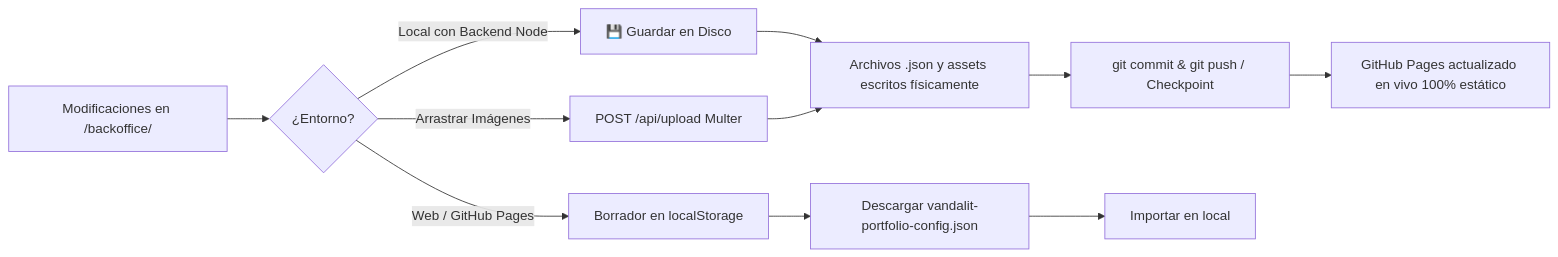
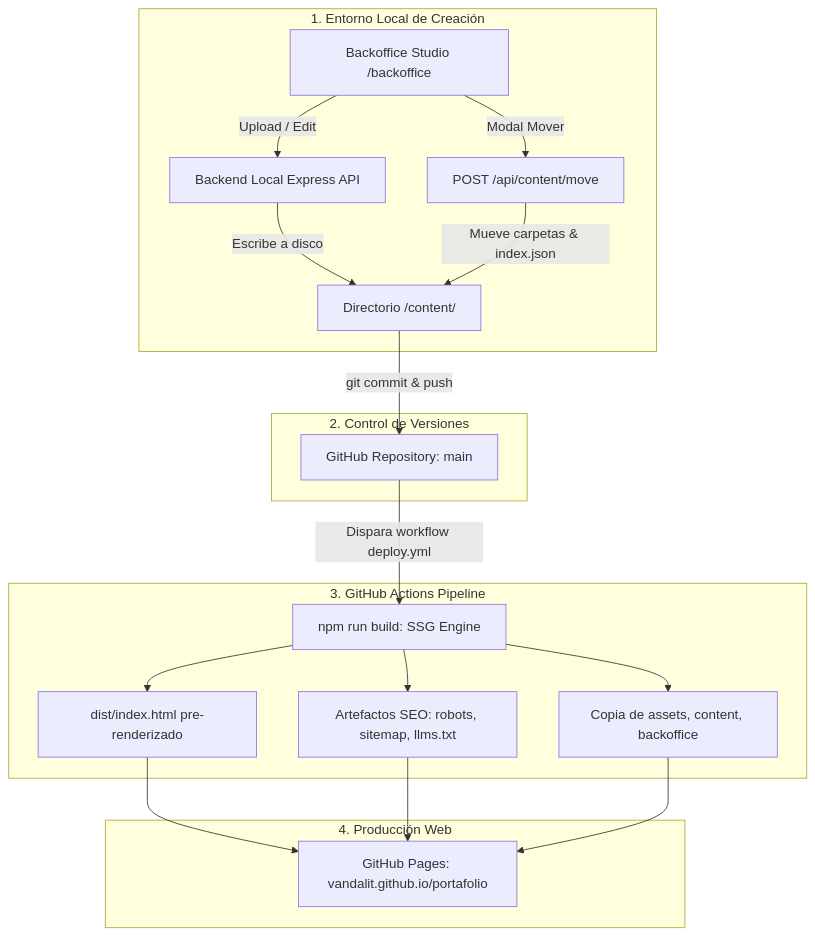
One commit to vandalit/portafolio changed the diagram in README.md. Above: the diagram before and after it, drawn with Mermaid. The commit also changed other lines of this file and 8 other files, not shown here.

First line of the commit message:
feat: adopt Darker Grotesque typography, backoffice project transfer modal and update build docs

````diff
--- a/README.md
+++ b/README.md
@@ -263,13 +287,24 @@
 ```mermaid
-flowchart LR
-    A[Modificaciones en /backoffice/] --> B{¿Entorno?}
-    B -->|Local con Backend Node| C[💾 Guardar en Disco]
-    C --> D[Archivos .json y assets escritos físicamente]
-    B -->|Arrastrar Imágenes| E[POST /api/upload Multer]
-    E --> D
-    D --> F[git commit & git push / Checkpoint]
-    F --> G[GitHub Pages actualizado en vivo 100% estático]
-    B -->|Web / GitHub Pages| H[Borrador en localStorage]
-    H --> I[Descargar vandalit-portfolio-config.json]
-    I --> J[Importar en local]
+flowchart TD
+    subgraph Local [1. Entorno Local de Creación]
+        A[Backoffice Studio /backoffice] -->|Upload / Edit| B[Backend Local Express API]
+        B -->|Escribe a disco| C[Directorio /content/]
+        A -->|Modal Mover| D[POST /api/content/move]
+        D -->|Mueve carpetas & index.json| C
+    end
+
+    subgraph Git [2. Control de Versiones]
+        C -->|git commit & push| E[GitHub Repository: main]
+    end
+
+    subgraph CI_CD [3. GitHub Actions Pipeline]
+        E -->|Dispara workflow deploy.yml| F[npm run build: SSG Engine]
+        F --> G[dist/index.html pre-renderizado]
+        F --> H[Artefactos SEO: robots, sitemap, llms.txt]
+        F --> I[Copia de assets, content, backoffice]
+    end
+
+    subgraph Pages [4. Producción Web]
+        G & H & I --> J[GitHub Pages: vandalit.github.io/portafolio]
+    end
 ```
````
